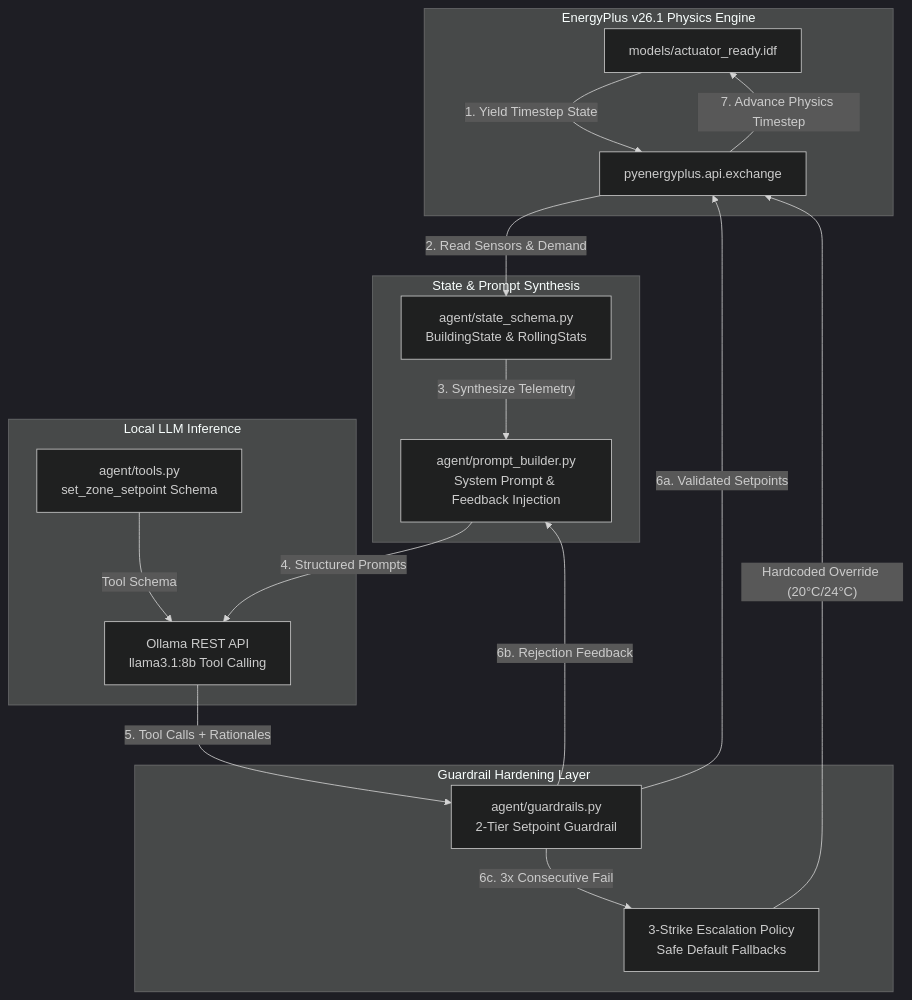
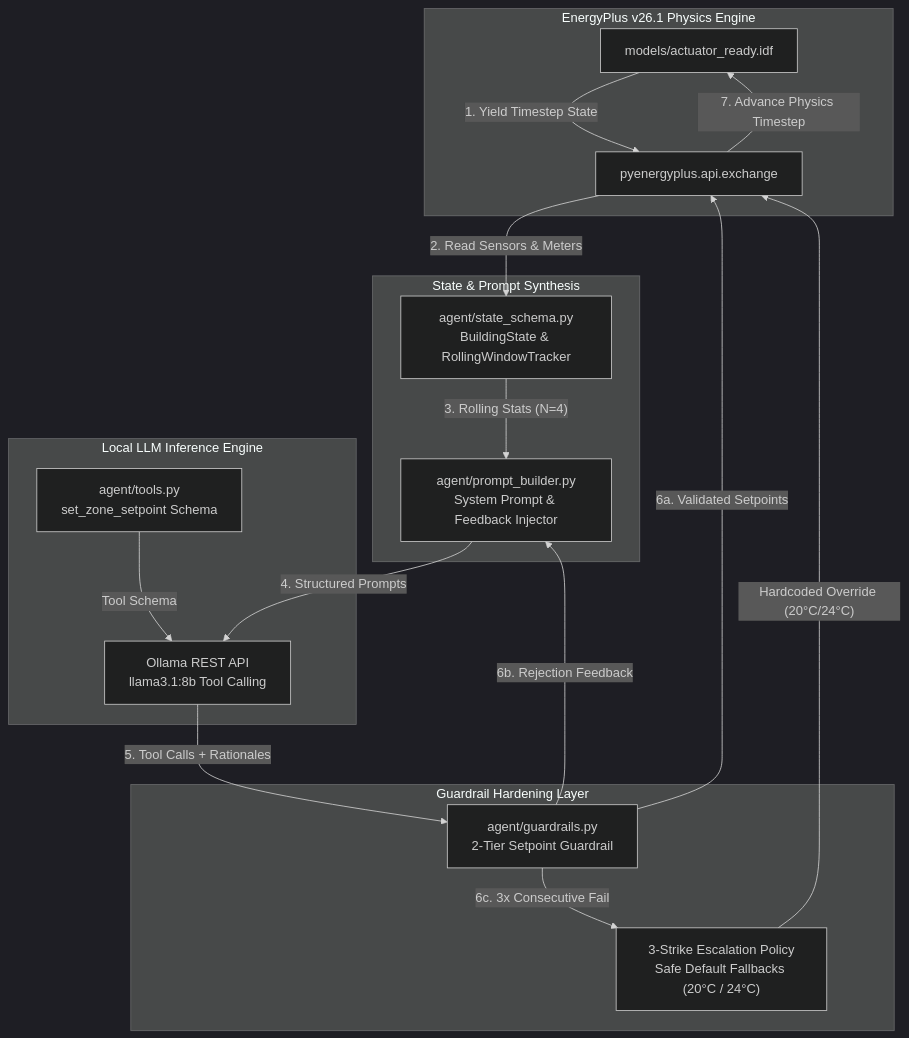
One commit to Pritish3110/EcoLoop-HVAC changed the diagram in README.md. Above: the diagram before and after it, drawn with Mermaid (dark theme). The commit also changed other lines of this file and 1 other file, not shown here.

Commit message:
Update README; remove system architecture doc

````diff
--- a/README.md
+++ b/README.md
@@ -17,34 +21,34 @@
 ```mermaid
 graph TD
-    subgraph Engine [EnergyPlus v26.1 Physics Engine]
-        EP[models/actuator_ready.idf]
-        EX[pyenergyplus.api.exchange]
+    subgraph Engine ["EnergyPlus v26.1 Physics Engine"]
+        EP["models/actuator_ready.idf"]
+        EX["pyenergyplus.api.exchange"]
     end
 
-    subgraph Pipeline [State & Prompt Synthesis]
-        SS[agent/state_schema.py<br/>BuildingState & RollingStats]
-        PB[agent/prompt_builder.py<br/>System Prompt & Feedback Injection]
+    subgraph Pipeline ["State & Prompt Synthesis"]
+        SS["agent/state_schema.py<br/>BuildingState & RollingWindowTracker"]
+        PB["agent/prompt_builder.py<br/>System Prompt & Feedback Injector"]
     end
 
-    subgraph Intelligence [Local LLM Inference]
-        LLM[Ollama REST API<br/>llama3.1:8b Tool Calling]
-        TS[agent/tools.py<br/>set_zone_setpoint Schema]
+    subgraph Intelligence ["Local LLM Inference Engine"]
+        LLM["Ollama REST API<br/>llama3.1:8b Tool Calling"]
+        TS["agent/tools.py<br/>set_zone_setpoint Schema"]
     end
 
-    subgraph Verification [Guardrail Hardening Layer]
-        GR[agent/guardrails.py<br/>2-Tier Setpoint Guardrail]
-        ESC[3-Strike Escalation Policy<br/>Safe Default Fallbacks]
+    subgraph Verification ["Guardrail Hardening Layer"]
+        GR["agent/guardrails.py<br/>2-Tier Setpoint Guardrail"]
+        ESC["3-Strike Escalation Policy<br/>Safe Default Fallbacks (20°C / 24°C)"]
     end
 
-    EP --"1. Yield Timestep State"--> EX
-    EX --"2. Read Sensors & Demand"--> SS
-    SS --"3. Synthesize Telemetry"--> PB
-    PB --"4. Structured Prompts"--> LLM
-    TS --"Tool Schema"--> LLM
-    LLM --"5. Tool Calls + Rationales"--> GR
-    GR --"6a. Validated Setpoints"--> EX
-    GR --"6b. Rejection Feedback"--> PB
-    GR --"6c. 3x Consecutive Fail"--> ESC
-    ESC --"Hardcoded Override (20°C/24°C)"--> EX
-    EX --"7. Advance Physics Timestep"--> EP
+    EP -- "1. Yield Timestep State" --> EX
+    EX -- "2. Read Sensors & Meters" --> SS
+    SS -- "3. Rolling Stats (N=4)" --> PB
+    PB -- "4. Structured Prompts" --> LLM
+    TS -- "Tool Schema" --> LLM
+    LLM -- "5. Tool Calls + Rationales" --> GR
+    GR -- "6a. Validated Setpoints" --> EX
+    GR -- "6b. Rejection Feedback" --> PB
+    GR -- "6c. 3x Consecutive Fail" --> ESC
+    ESC -- "Hardcoded Override (20°C/24°C)" --> EX
+    EX -- "7. Advance Physics Timestep" --> EP
 ```
````
